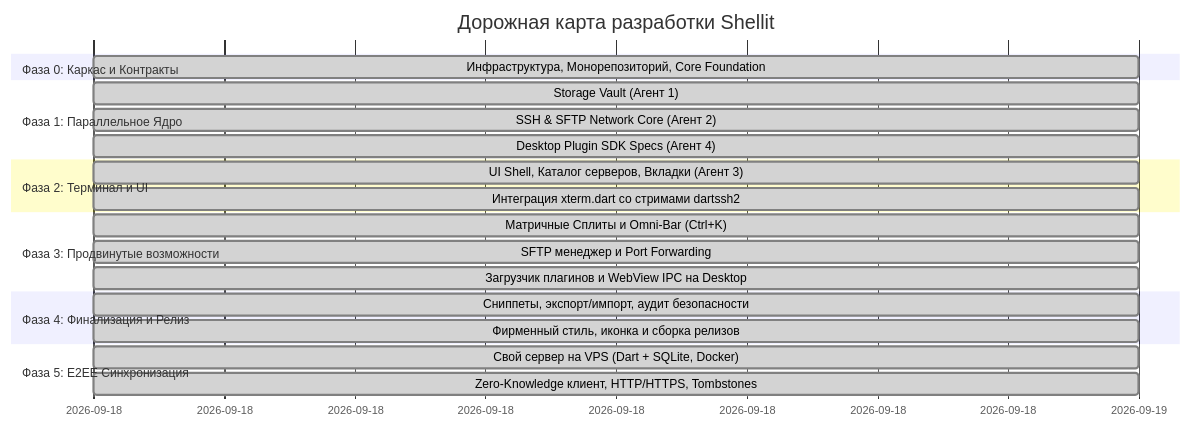
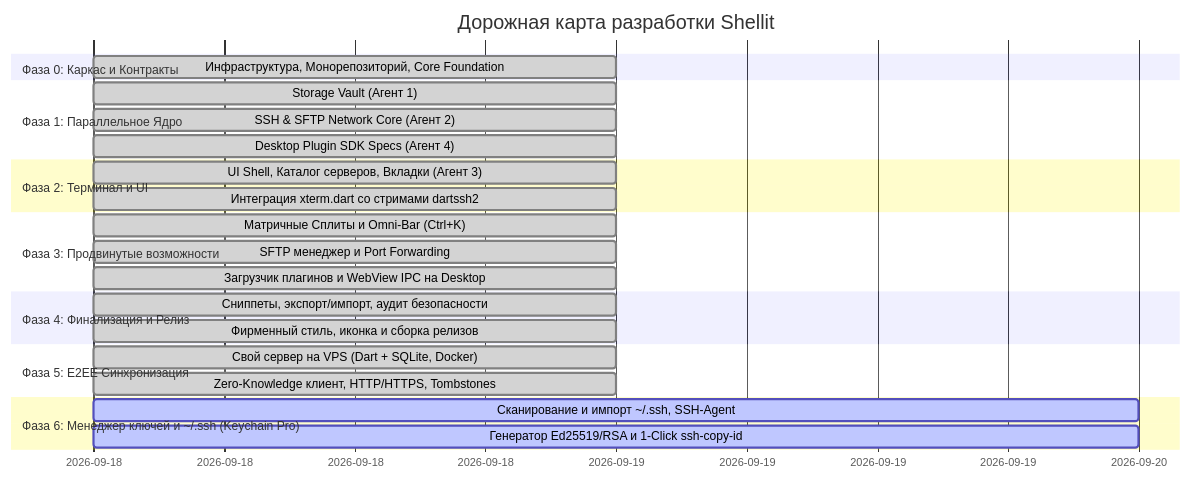
The diagram in docs/ROADMAP.md (kobaltgit/Shellit), drawn with Mermaid before and after one commit. The commit also changed other lines of this file and 30 other files, not shown here.

Commit message:
feat(keychain): add SSH key generator, ssh-copy-id deploy service, ~/.ssh directory discovery, and bump version to v0.3.0

````diff
--- a/docs/ROADMAP.md
+++ b/docs/ROADMAP.md
@@ -9,24 +9,27 @@
 ```mermaid
 gantt
     title Дорожная карта разработки Shellit
     dateFormat  YYYY-MM-DD
     section Фаза 0: Каркас и Контракты
     Инфраструктура, Монорепозиторий, Core Foundation :done, p0, 2026-09-18, 1d
     section Фаза 1: Параллельное Ядро
     Storage Vault (Агент 1)                          :done, p1_a1, 2026-09-18, 1d
     SSH & SFTP Network Core (Агент 2)               :done, p1_a2, 2026-09-18, 1d
     Desktop Plugin SDK Specs (Агент 4)              :done, p1_a4, 2026-09-18, 1d
     section Фаза 2: Терминал и UI
     UI Shell, Каталог серверов, Вкладки (Агент 3)    :done, p2_a3, 2026-09-18, 1d
     Интеграция xterm.dart со стримами dartssh2      :done, p2_int, 2026-09-18, 1d
     section Фаза 3: Продвинутые возможности
     Матричные Сплиты и Omni-Bar (Ctrl+K)            :done, p3_split, 2026-09-18, 1d
     SFTP менеджер и Port Forwarding                 :done, p3_sftp, 2026-09-18, 1d
     Загрузчик плагинов и WebView IPC на Desktop     :done, p3_plug, 2026-09-18, 1d
     section Фаза 4: Финализация и Релиз
     Сниппеты, экспорт/импорт, аудит безопасности    :done, p4_sync, 2026-09-18, 1d
     Фирменный стиль, иконка и сборка релизов        :done, p4_rel, 2026-09-18, 1d
     section Фаза 5: E2EE Синхронизация
     Свой сервер на VPS (Dart + SQLite, Docker)      :done, p5_srv, 2026-09-18, 1d
     Zero-Knowledge клиент, HTTP/HTTPS, Tombstones   :done, p5_cli, 2026-09-18, 1d
+    section Фаза 6: Менеджер ключей и ~/.ssh (Keychain Pro)
+    Сканирование и импорт ~/.ssh, SSH-Agent         :active, p6_ssh, 2026-09-18, 2d
+    Генератор Ed25519/RSA и 1-Click ssh-copy-id     :active, p6_gen, 2026-09-18, 2d
 ```
````
